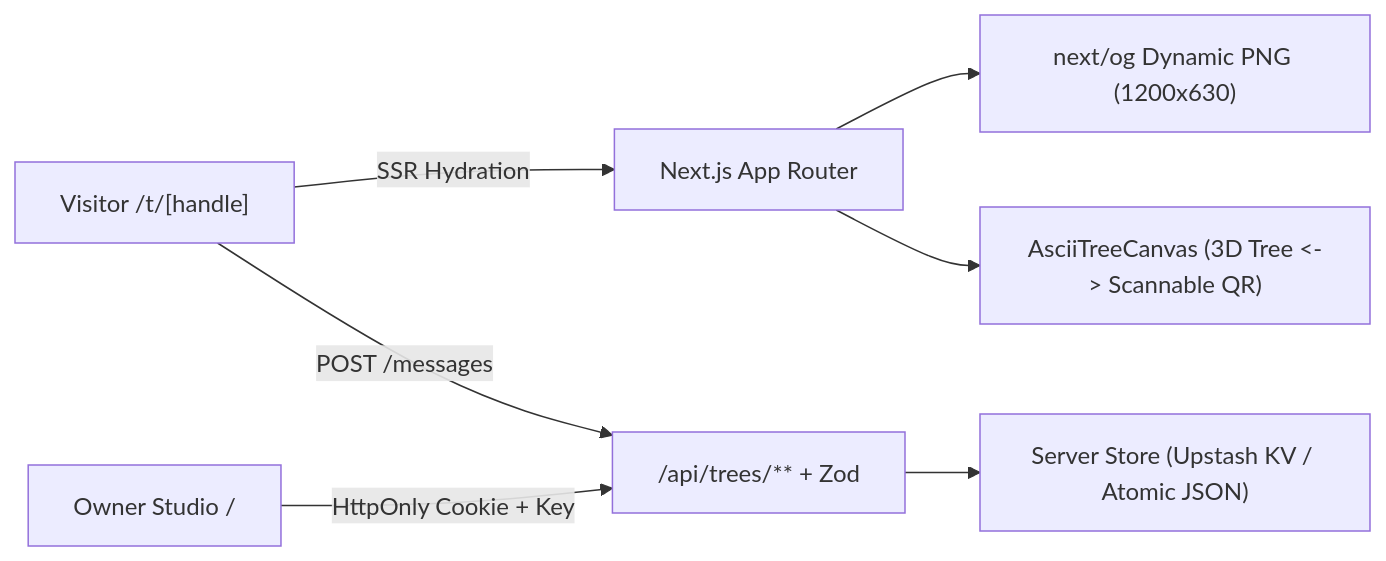
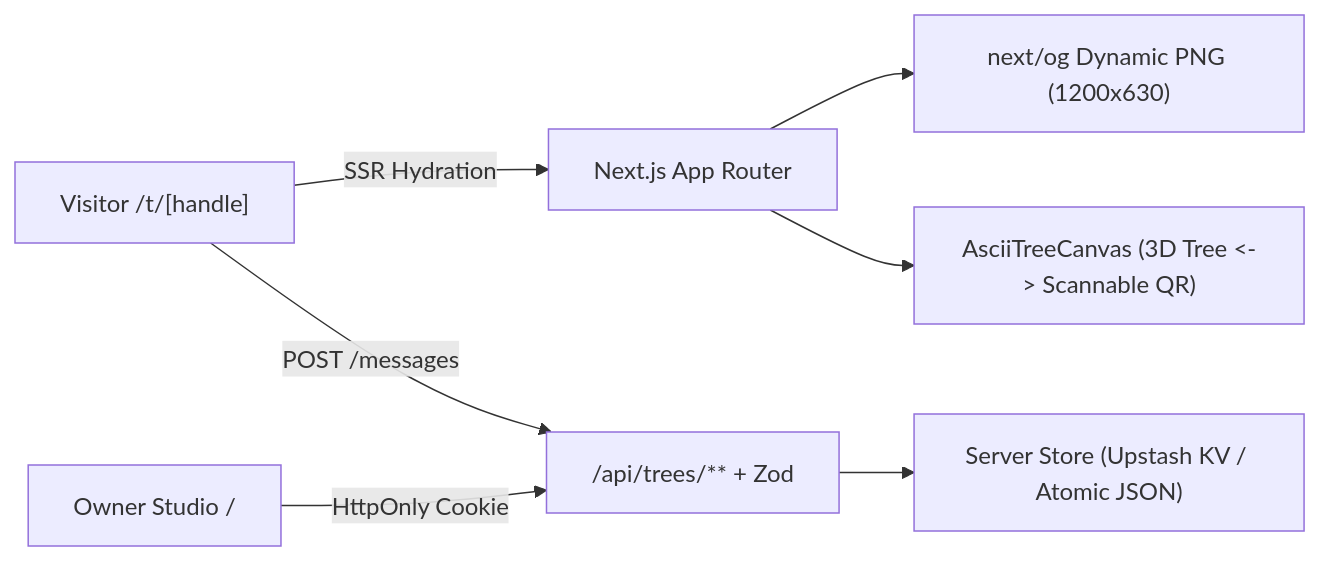
Before and after one commit to noodlestack/Hoho.xo: the diagram in README.md, drawn with Mermaid. The commit also changed other lines of this file and 1 other file, not shown here.

````diff
--- a/README.md
+++ b/README.md
@@ -53,9 +54,9 @@
 ```mermaid
 flowchart LR
   V["Visitor /t/[handle]"] -->|SSR Hydration| Page["Next.js App Router"]
-  O["Owner Studio /"] -->|HttpOnly Cookie + Key| API["/api/trees/** + Zod"]
+  O["Owner Studio /"] -->|HttpOnly Cookie| API["/api/trees/** + Zod"]
   V -->|POST /messages| API
   API --> Store["Server Store (Upstash KV / Atomic JSON)"]
   Page --> OG["next/og Dynamic PNG (1200x630)"]
   Page --> Canvas["AsciiTreeCanvas (3D Tree <-> Scannable QR)"]
 ```
````
